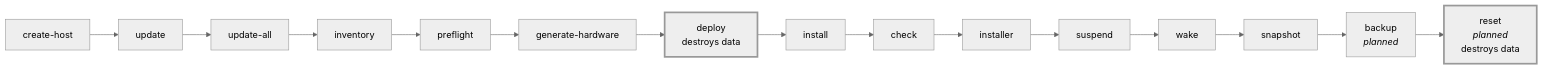
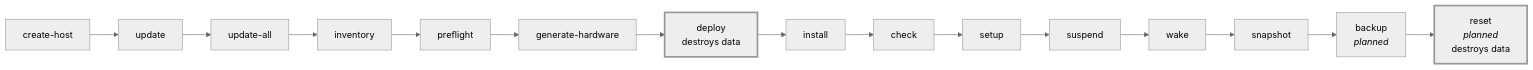
Before and after one commit to kartoza/gisnix: the diagram in docs/assets/diagrams/host-lifecycle.mmd, drawn with Mermaid (neutral theme). The commit also changed 12 other files, not shown here.

First line of the commit message:
rename: gisnix installer -> gisnix setup

```diff
--- a/docs/assets/diagrams/host-lifecycle.mmd
+++ b/docs/assets/diagrams/host-lifecycle.mmd
@@ -1,32 +1,32 @@
 graph LR
   create_host["create-host"]
   update["update"]
   create_host --> update
   update_all["update-all"]
   update --> update_all
   inventory["inventory"]
   update_all --> inventory
   preflight["preflight"]
   inventory --> preflight
   generate_hardware["generate-hardware"]
   preflight --> generate_hardware
   deploy["deploy<br/>destroys data"]
   generate_hardware --> deploy
   install["install"]
   deploy --> install
   check["check"]
   install --> check
-  installer["installer"]
-  check --> installer
+  setup["setup"]
+  check --> setup
   suspend["suspend"]
-  installer --> suspend
+  setup --> suspend
   wake["wake"]
   suspend --> wake
   snapshot["snapshot"]
   wake --> snapshot
   backup["backup<br/><i>planned</i>"]
   snapshot --> backup
   reset["reset<br/><i>planned</i><br/>destroys data"]
   backup --> reset
   style deploy stroke-width:3px
   style reset stroke-width:3px
```
